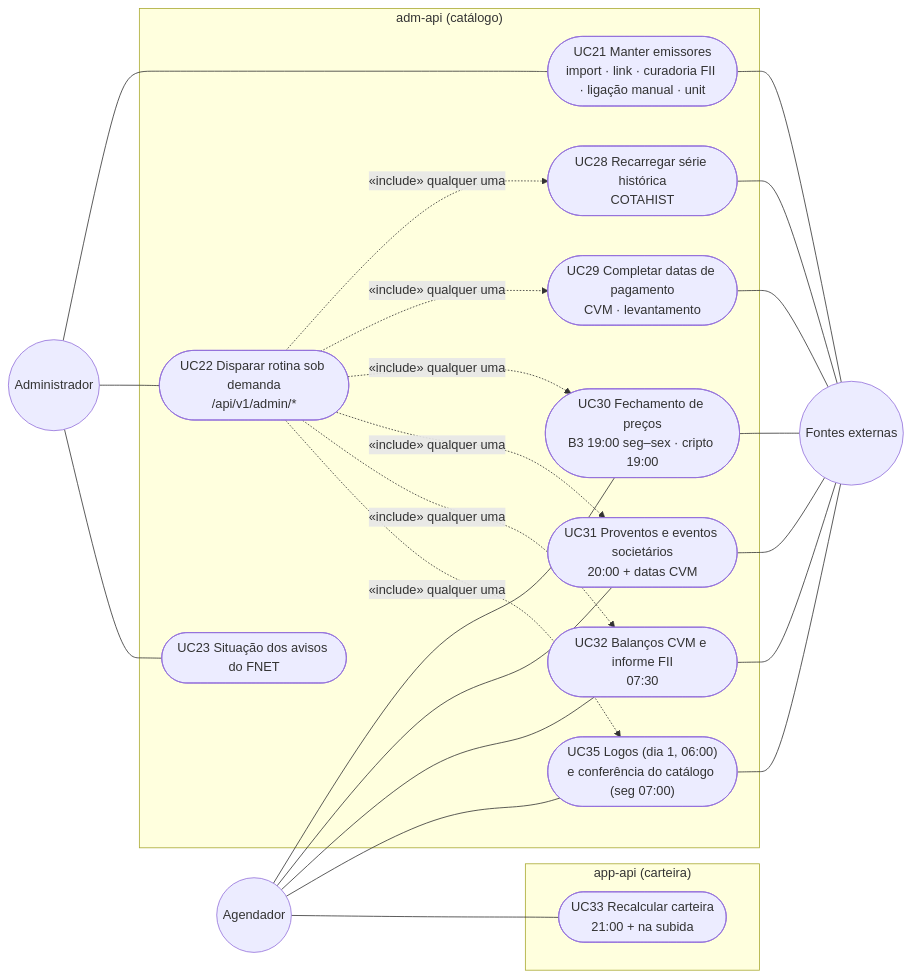
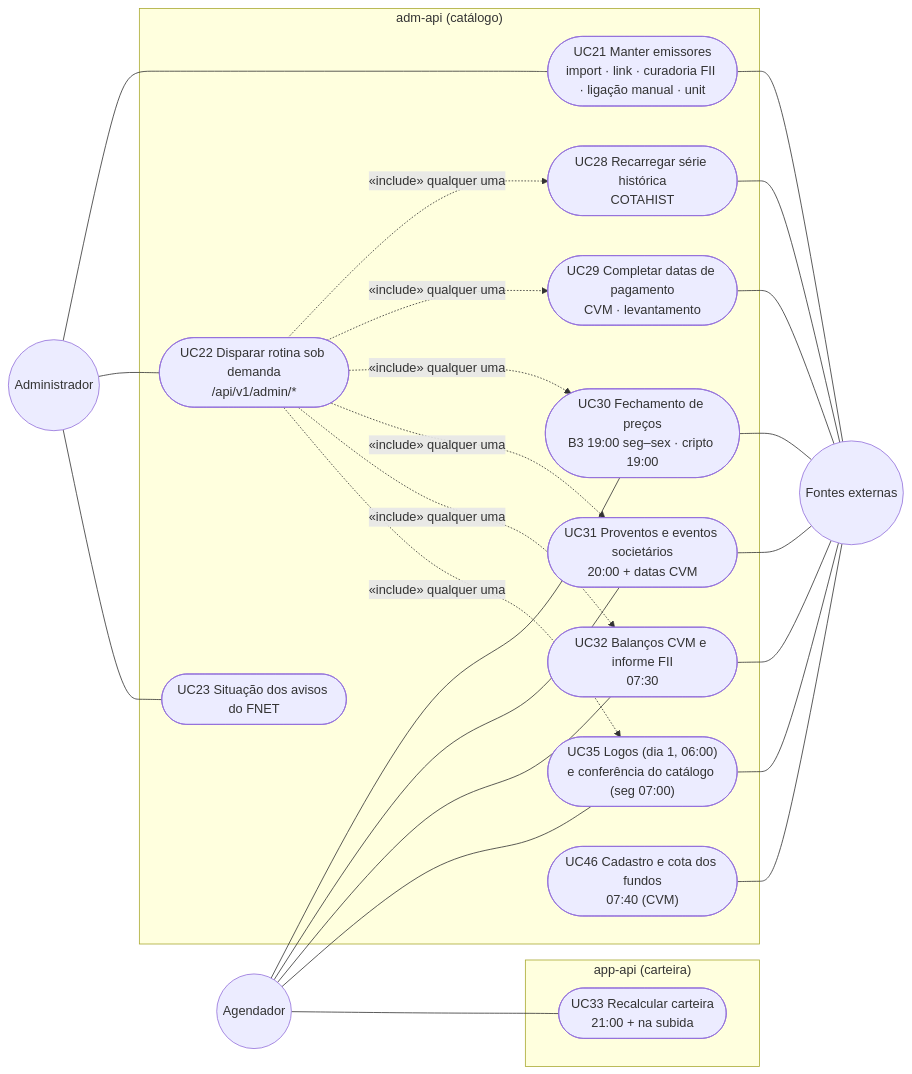
The seventh of 8 diagrams in docs/USE_CASES.md (guilherme-dealmeida/activest), drawn with Mermaid before and after one commit. The commit also changed other lines of this file and 83 other files, not shown here.

Commit message:
TRACK_01 - Fundos de investimento da CVM: cadastro, cota diária, série sob demanda, lançamento por valor e cota, IR/IOF/come-cotas e nome curto nas telas

````diff
--- a/docs/USE_CASES.md
+++ b/docs/USE_CASES.md
@@ -286,27 +286,28 @@
 ```mermaid
 flowchart LR
     adm(("Administrador"))
     sch(("Agendador"))
     ext(("Fontes externas"))
 
     subgraph ADM["adm-api (catálogo)"]
         uc21(["UC21 Manter emissores<br/>import · link · curadoria FII · ligação manual · unit"])
         uc22(["UC22 Disparar rotina sob demanda<br/>/api/v1/admin/*"])
         uc30(["UC30 Fechamento de preços<br/>B3 19:00 seg–sex · cripto 19:00"])
         uc31(["UC31 Proventos e eventos societários<br/>20:00 + datas CVM"])
         uc32(["UC32 Balanços CVM e informe FII<br/>07:30"])
         uc35(["UC35 Logos (dia 1, 06:00)<br/>e conferência do catálogo (seg 07:00)"])
         uc28(["UC28 Recarregar série histórica<br/>COTAHIST"])
         uc29(["UC29 Completar datas de pagamento<br/>CVM · levantamento"])
         uc23(["UC23 Situação dos avisos do FNET"])
+        uc46(["UC46 Cadastro e cota dos fundos<br/>07:40 (CVM)"])
     end
 
     subgraph APP["app-api (carteira)"]
         uc33(["UC33 Recalcular carteira<br/>21:00 + na subida"])
     end
 
     adm --- uc21 & uc22 & uc23
     sch --- uc30 & uc31 & uc32 & uc35 & uc33
     uc22 -.->|«include» qualquer uma| uc28 & uc29 & uc30 & uc31 & uc32 & uc35
-    uc21 & uc28 & uc29 & uc30 & uc31 & uc32 & uc35 --- ext
+    uc21 & uc28 & uc29 & uc30 & uc31 & uc32 & uc35 & uc46 --- ext
 ```
````
